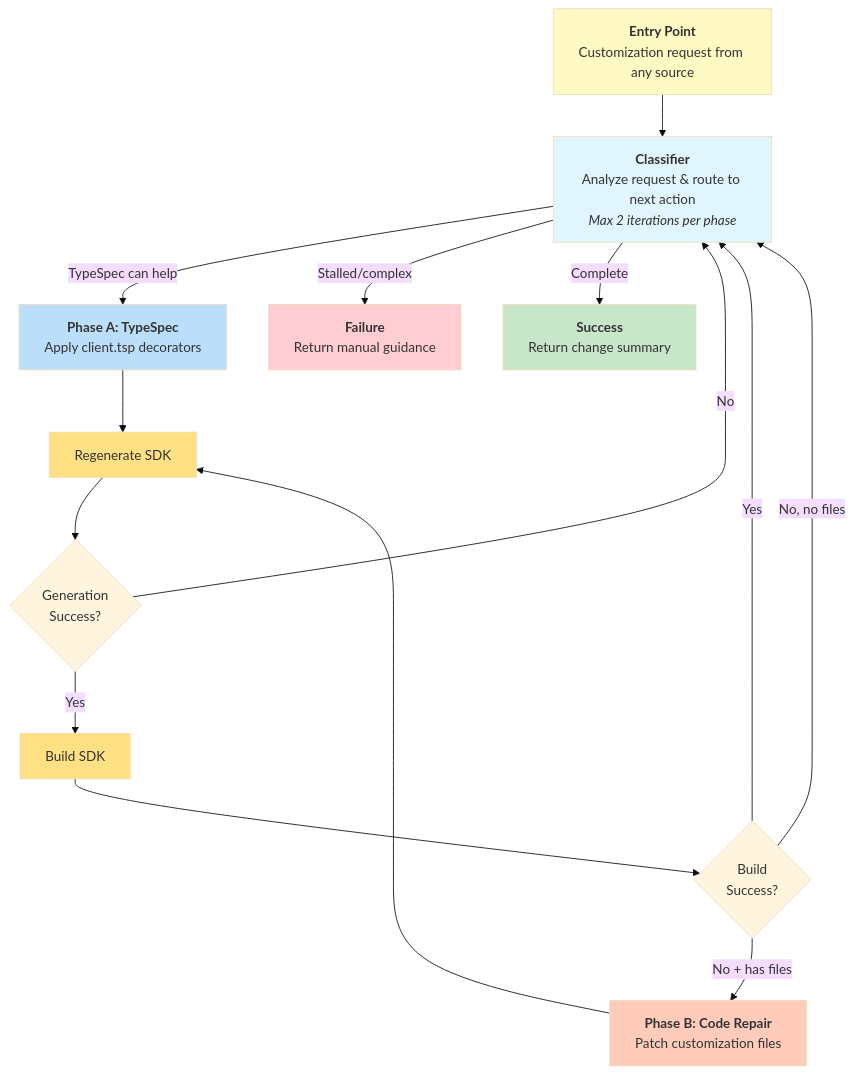
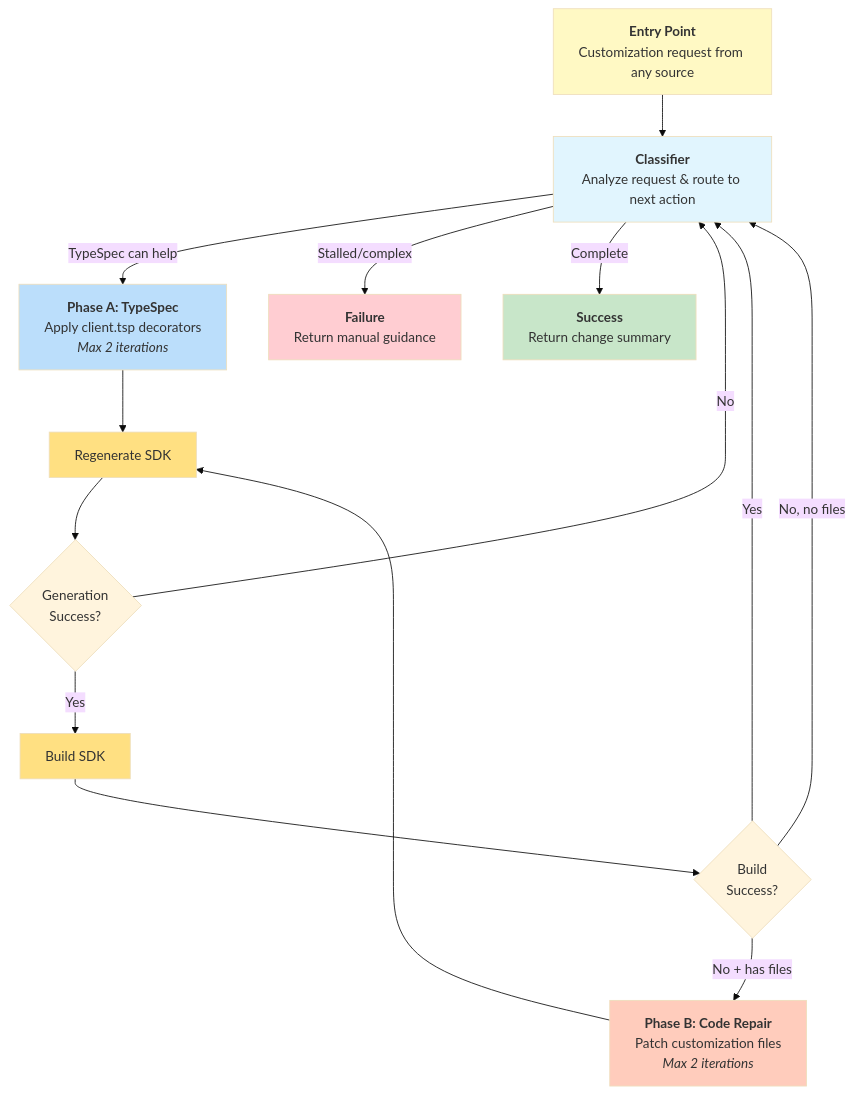
One commit to Azure/azure-sdk-tools changed the diagram in tools/azsdk-cli/docs/specs/3-customizing-client-tsp.spec.md. Above: the diagram before and after it, drawn with Mermaid (base theme). The commit also changed other lines of this file, not shown here.

````diff
--- a/tools/azsdk-cli/docs/specs/3-customizing-client-tsp.spec.md
+++ b/tools/azsdk-cli/docs/specs/3-customizing-client-tsp.spec.md
@@ -177,35 +177,35 @@
 ```mermaid
 flowchart TD
     Entry[<b>Entry Point</b><br/>Customization request from any source]
     Entry --> Classify
 
-    Classify[<b>Classifier</b><br/>Analyze request & route to next action<br/><i>Max 2 iterations per phase</i>]
+    Classify[<b>Classifier</b><br/>Analyze request & route to next action<br/>]
     Classify -->|TypeSpec can help| PhaseA
     Classify -->|Stalled/complex| Failure
     Classify -->|Complete| Success
 
-    PhaseA[<b>Phase A: TypeSpec</b><br/>Apply client.tsp decorators]
+    PhaseA[<b>Phase A: TypeSpec</b><br/>Apply client.tsp decorators<br/><i>Max 2 iterations</i>]
     PhaseA --> Regen[Regenerate SDK]
 
     Regen --> RegenOK{Generation<br/>Success?}
     RegenOK -->|No| Classify
     RegenOK -->|Yes| Build[Build SDK]
 
     Build --> BuildOK{Build<br/>Success?}
     BuildOK -->|Yes| Classify
-    BuildOK -->|No + has files| PhaseB[<b>Phase B: Code Repair</b><br/>Patch customization files]
+    BuildOK -->|No + has files| PhaseB[<b>Phase B: Code Repair</b><br/>Patch customization files<br/><i>Max 2 iterations</i>]
     BuildOK -->|No, no files| Classify
     PhaseB --> Regen
 
     Success[<b>Success</b><br/>Return change summary]
     Failure[<b>Failure</b><br/>Return manual guidance]
 
     style Entry fill:#fff9c4
     style Classify fill:#e1f5fe
     style PhaseA fill:#bbdefb
     style PhaseB fill:#ffccbc
     style Success fill:#c8e6c9
     style Failure fill:#ffcdd2
     style Regen fill:#ffe082
     style Build fill:#ffe082
 ```
````
